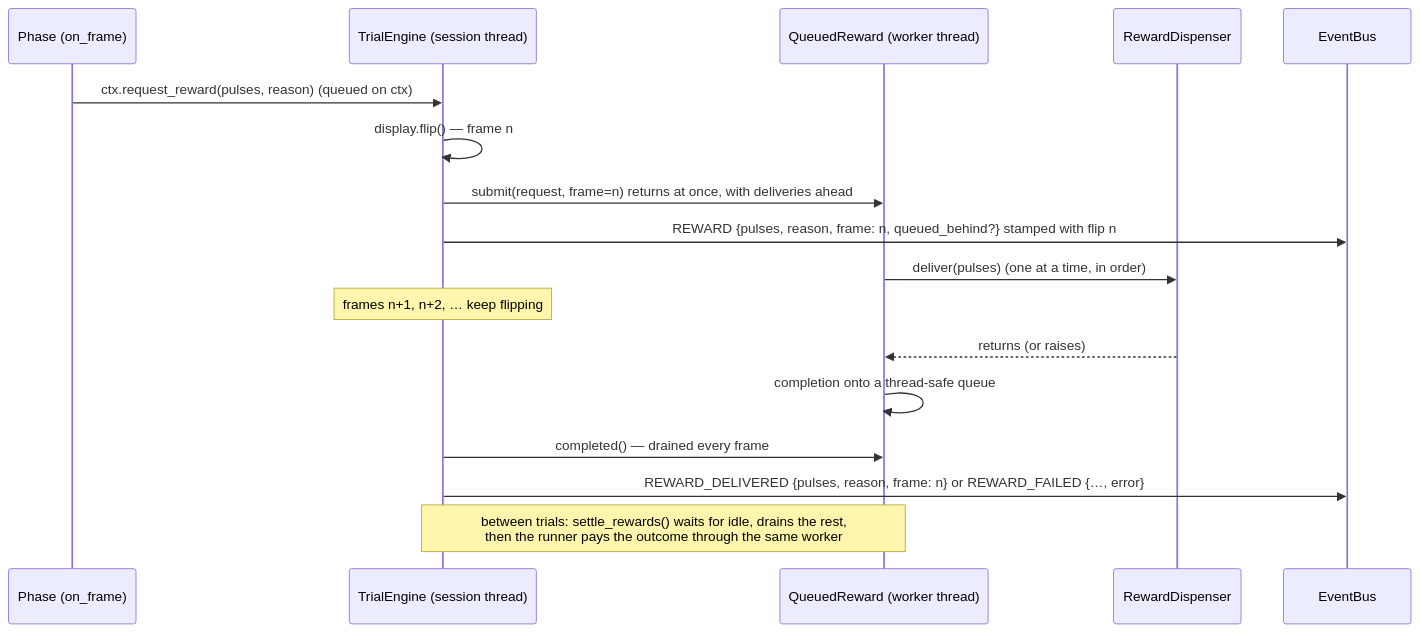
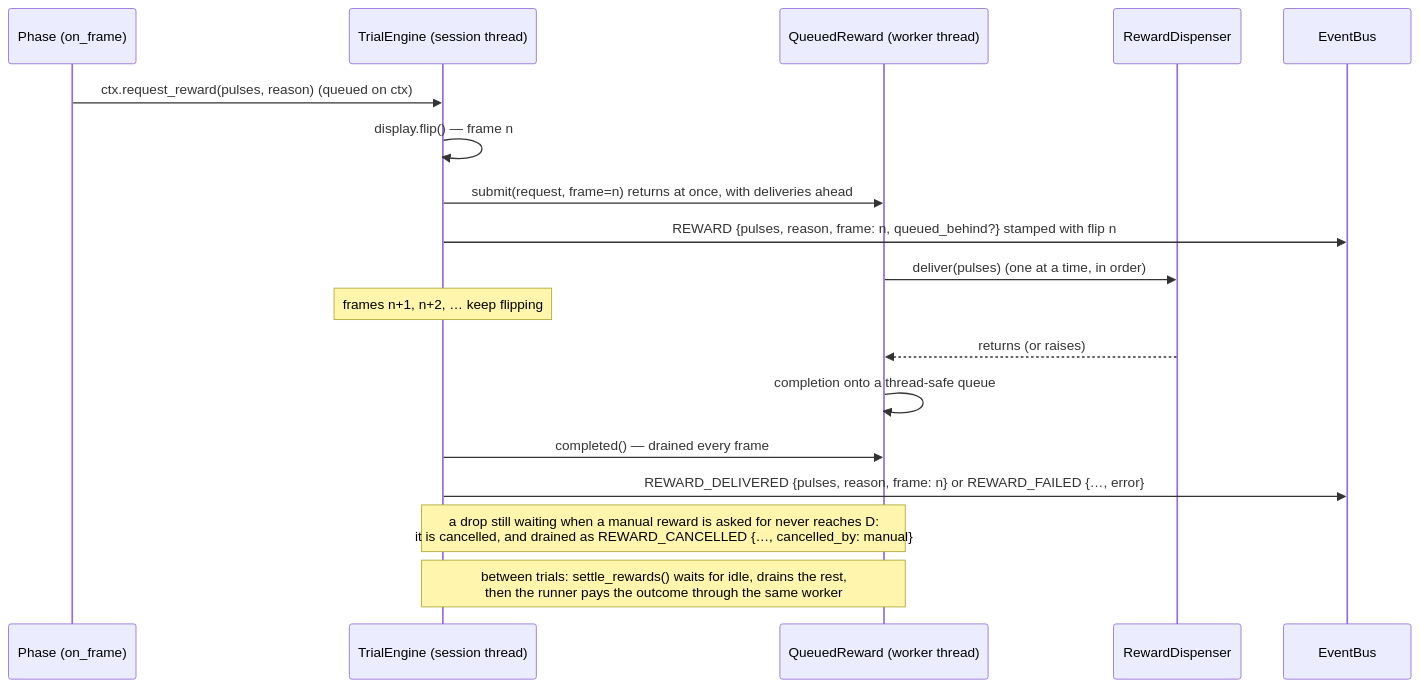
Before and after one commit to sh4r11f/alhazen: the sixth of 11 diagrams in docs/architecture.md, drawn with Mermaid. The commit also changed other lines of this file and 10 other files, not shown here.

First line of the commit message:
Let a manual reward cancel the queued mid-trial drops (#53)

````diff
--- a/docs/architecture.md
+++ b/docs/architecture.md
@@ -740,19 +742,20 @@
 ```mermaid
 sequenceDiagram
     participant P as Phase (on_frame)
     participant E as TrialEngine (session thread)
     participant Q as QueuedReward (worker thread)
     participant D as RewardDispenser
     participant B as EventBus
     P->>E: ctx.request_reward(pulses, reason)  (queued on ctx)
     E->>E: display.flip()  — frame n
     E->>Q: submit(request, frame=n)  returns at once, with deliveries ahead
     E->>B: REWARD {pulses, reason, frame: n, queued_behind?}  stamped with flip n
     Q->>D: deliver(pulses)  (one at a time, in order)
     Note over E: frames n+1, n+2, … keep flipping
     D-->>Q: returns (or raises)
     Q->>Q: completion onto a thread-safe queue
     E->>Q: completed()  — drained every frame
     E->>B: REWARD_DELIVERED {pulses, reason, frame: n}  or  REWARD_FAILED {…, error}
+    Note over E,Q: a drop still waiting when a manual reward is asked for never reaches D:<br/>it is cancelled, and drained as REWARD_CANCELLED {…, cancelled_by: manual}
     Note over E,Q: between trials: settle_rewards() waits for idle, drains the rest,<br/>then the runner pays the outcome through the same worker
 ```
````
